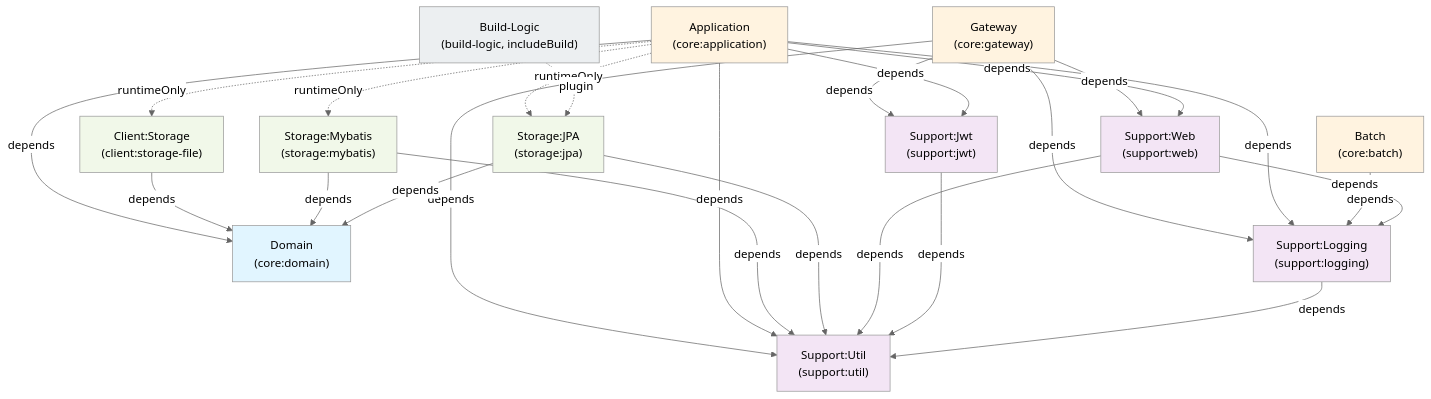
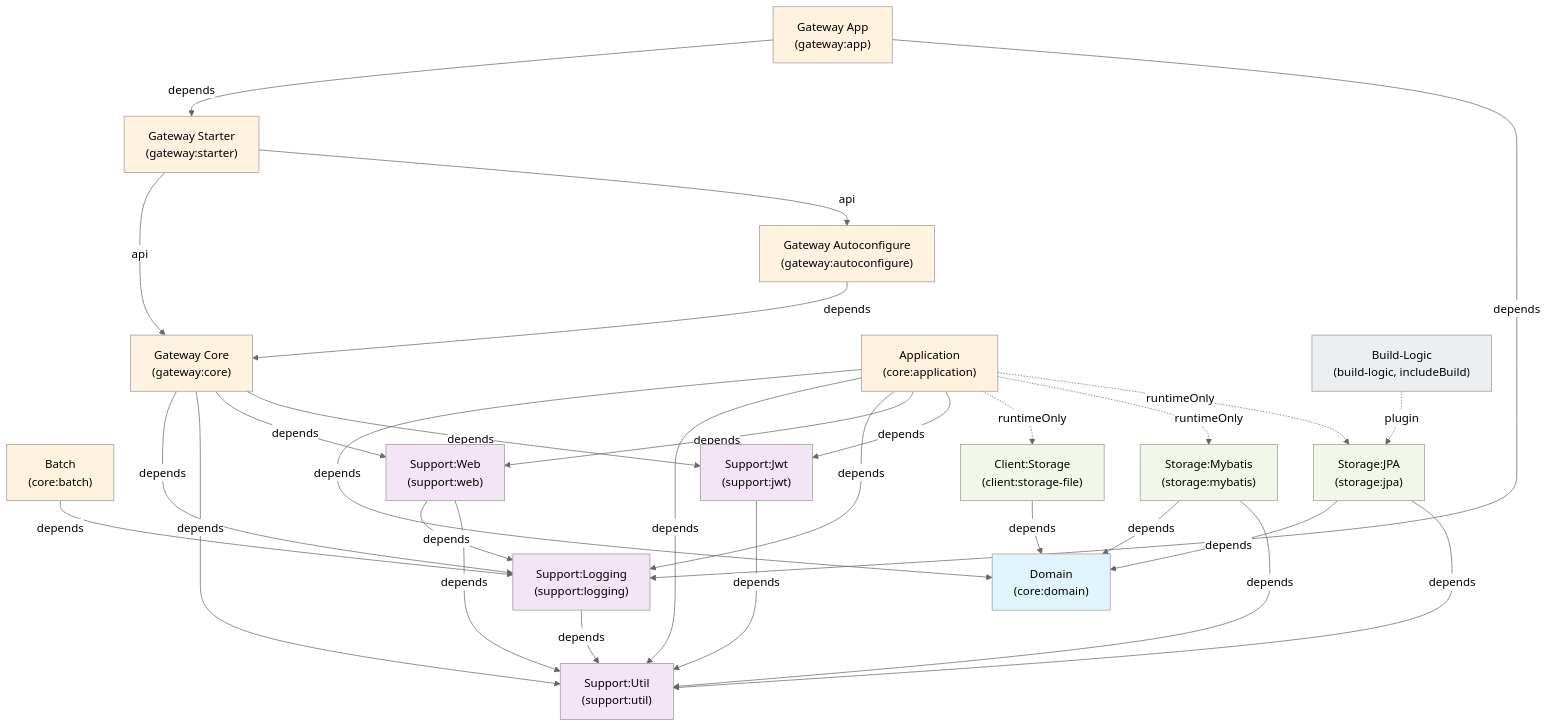
One commit to dev-inho/backend-init changed the diagram in docs/ARCHITECTURE.md. Above: the diagram before and after it, drawn with Mermaid (neutral theme). The commit also changed other lines of this file and 6 other files, not shown here.

````diff
--- a/docs/ARCHITECTURE.md
+++ b/docs/ARCHITECTURE.md
@@ -371,61 +392,75 @@
 ```mermaid
 graph TD
-    GW["Gateway<br/>(core:gateway)"]
+    GW_APP["Gateway App<br/>(gateway:app)"]
+    GW_STARTER["Gateway Starter<br/>(gateway:starter)"]
+    GW_AUTO["Gateway Autoconfigure<br/>(gateway:autoconfigure)"]
+    GW_CORE["Gateway Core<br/>(gateway:core)"]
     APP["Application<br/>(core:application)"]
     BAT["Batch<br/>(core:batch)"]
     DOM["Domain<br/>(core:domain)"]
     CSF["Client:Storage<br/>(client:storage-file)"]
     MYB["Storage:Mybatis<br/>(storage:mybatis)"]
     JPA["Storage:JPA<br/>(storage:jpa)"]
     LOG["Support:Logging<br/>(support:logging)"]
     UTL["Support:Util<br/>(support:util)"]
     WEB["Support:Web<br/>(support:web)"]
     JWT["Support:Jwt<br/>(support:jwt)"]
     BL["Build-Logic<br/>(build-logic, includeBuild)"]
 
-    GW -->|depends| LOG
-    GW -->|depends| UTL
-    GW -->|depends| WEB
-    GW -->|depends| JWT
+    GW_APP -->|depends| GW_STARTER
+    GW_APP -->|depends| LOG
+
+    GW_STARTER -->|api| GW_CORE
+    GW_STARTER -->|api| GW_AUTO
+
+    GW_AUTO -->|depends| GW_CORE
+
+    GW_CORE -->|depends| LOG
+    GW_CORE -->|depends| UTL
+    GW_CORE -->|depends| WEB
+    GW_CORE -->|depends| JWT
 
     APP -->|depends| DOM
     APP -->|depends| UTL
     APP -->|depends| LOG
     APP -->|depends| WEB
     APP -->|depends| JWT
     APP -.->|runtimeOnly| CSF
     APP -.->|runtimeOnly| MYB
     APP -.->|runtimeOnly| JPA
 
     BAT -->|depends| LOG
 
     CSF -->|depends| DOM
 
     MYB -->|depends| DOM
     MYB -->|depends| UTL
 
     JPA -->|depends| DOM
     JPA -->|depends| UTL
 
     WEB -->|depends| LOG
     WEB -->|depends| UTL
 
     JWT -->|depends| UTL
 
     LOG -->|depends| UTL
 
     BL -.->|plugin| JPA
 
     style DOM fill:#e1f5ff
     style UTL fill:#f3e5f5
     style LOG fill:#f3e5f5
     style WEB fill:#f3e5f5
     style JWT fill:#f3e5f5
-    style GW fill:#fff3e0
+    style GW_APP fill:#fff3e0
+    style GW_STARTER fill:#fff3e0
+    style GW_AUTO fill:#fff3e0
+    style GW_CORE fill:#fff3e0
     style APP fill:#fff3e0
     style BAT fill:#fff3e0
     style CSF fill:#f1f8e9
     style MYB fill:#f1f8e9
     style JPA fill:#f1f8e9
     style BL fill:#eceff1
 ```
````
